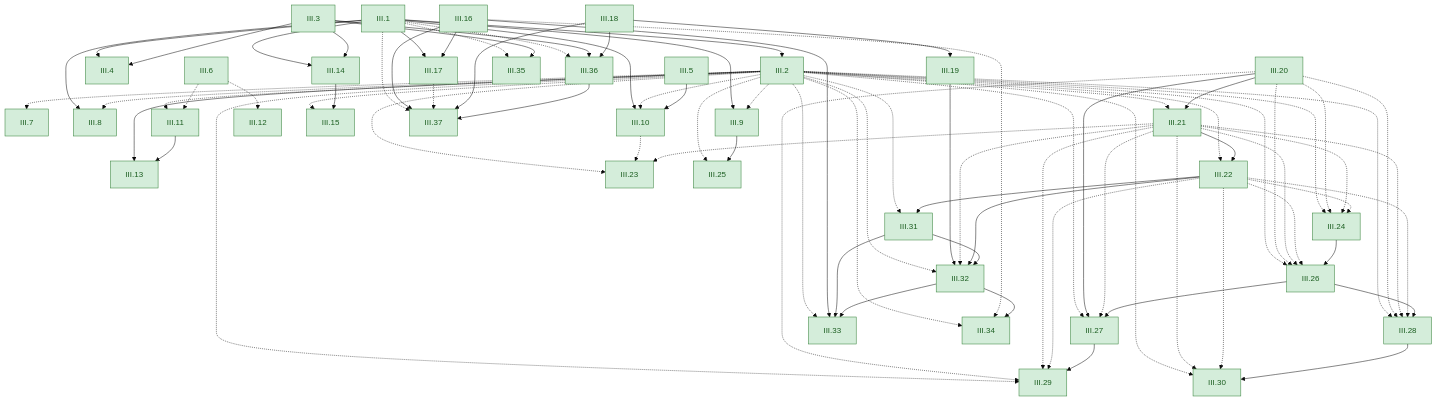
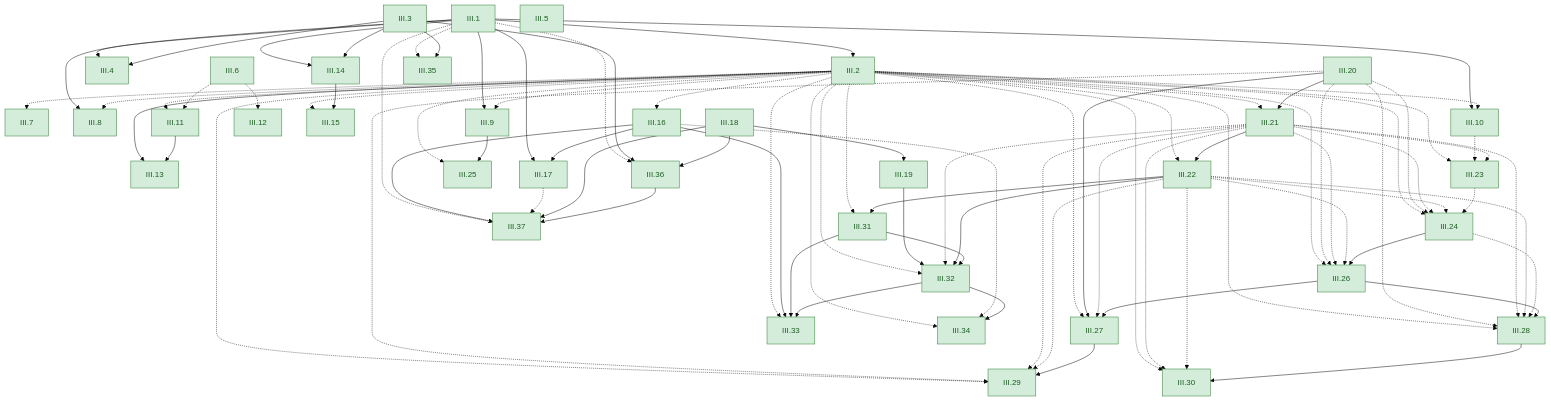
Before and after one commit to dodecaplex-co/stoicheia: the sixth of 6 diagrams in GRAPH.md, drawn with Mermaid (base theme). The commit also changed other lines of this file and 106 other files, not shown here.

```diff
--- a/GRAPH.md
+++ b/GRAPH.md
@@ -806,7 +806,6 @@
   III2 -.-> III9
   III1 --> III10
   III2 -.-> III10
-  III5 --> III10
   III2 -.-> III11
   III6 -.-> III11
   III6 -.-> III12
@@ -816,6 +815,7 @@
   III3 --> III14
   III2 -.-> III15
   III14 --> III15
+  III2 -.-> III16
   III1 --> III17
   III16 --> III17
   III18 --> III19
@@ -830,6 +830,7 @@
   III20 -.-> III24
   III21 -.-> III24
   III22 -.-> III24
+  III23 -.-> III24
   III2 -.-> III25
   III9 --> III25
   III2 -.-> III26
@@ -845,6 +846,7 @@
   III20 -.-> III28
   III21 -.-> III28
   III22 -.-> III28
+  III24 -.-> III28
   III26 --> III28
   III2 -.-> III29
   III20 -.-> III29
```
